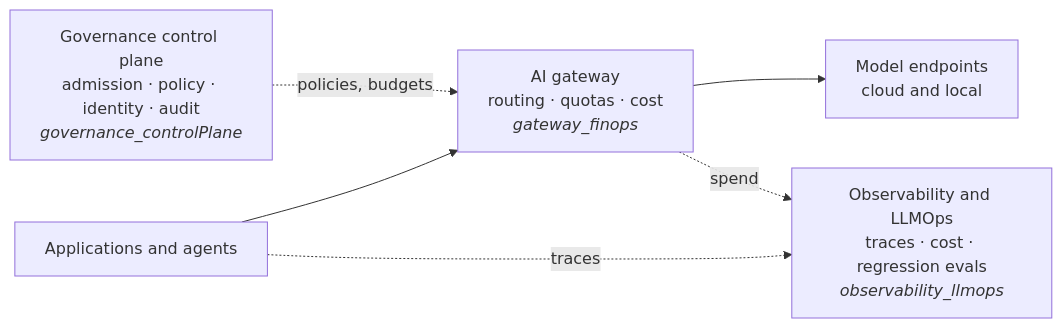
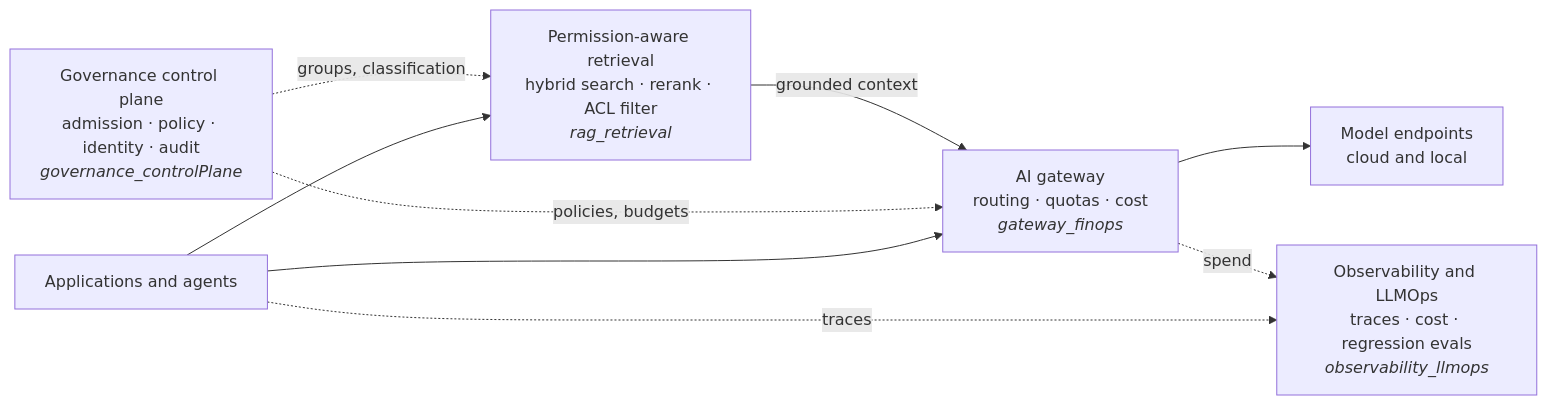
The diagram in README.md (lolinusrat/enterprise-ai-platform-lab), drawn with Mermaid before and after one commit. The commit also changed other lines of this file and 105 other files, not shown here.

First line of the commit message:
Add rag_retrieval: permission-aware hybrid RAG with reranking

````diff
--- a/README.md
+++ b/README.md
@@ -15,9 +16,12 @@
 ```mermaid
 flowchart LR
     Gov["Governance control plane<br/>admission · policy · identity · audit<br/><i>governance_controlPlane</i>"]
     Apps["Applications and agents"] --> GW["AI gateway<br/>routing · quotas · cost<br/><i>gateway_finops</i>"]
     GW --> Models["Model endpoints<br/>cloud and local"]
     Gov -. "policies, budgets" .-> GW
     Apps -. "traces" .-> Obs["Observability and LLMOps<br/>traces · cost · regression evals<br/><i>observability_llmops</i>"]
     GW -. "spend" .-> Obs
+    Apps --> RAG["Permission-aware retrieval<br/>hybrid search · rerank · ACL filter<br/><i>rag_retrieval</i>"]
+    RAG -- "grounded context" --> GW
+    Gov -. "groups, classification" .-> RAG
 ```
````
